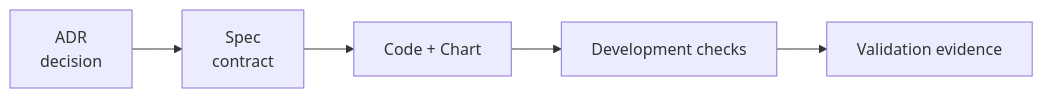
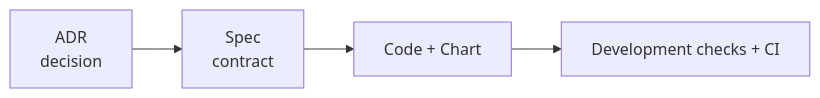
The diagram in docs/README.md (cagojeiger/ShiftPV), drawn with Mermaid before and after one commit. The commit also changed other lines of this file and 27 other files, not shown here.

````diff
--- a/docs/README.md
+++ b/docs/README.md
@@ -20,7 +19,6 @@
 ```mermaid
 flowchart LR
     ADR[ADR<br/>decision] --> SPEC[Spec<br/>contract]
     SPEC --> CODE[Code + Chart]
-    CODE --> TEST[Development checks]
-    TEST --> EVIDENCE[Validation evidence]
+    CODE --> TEST[Development checks + CI]
 ```
````
